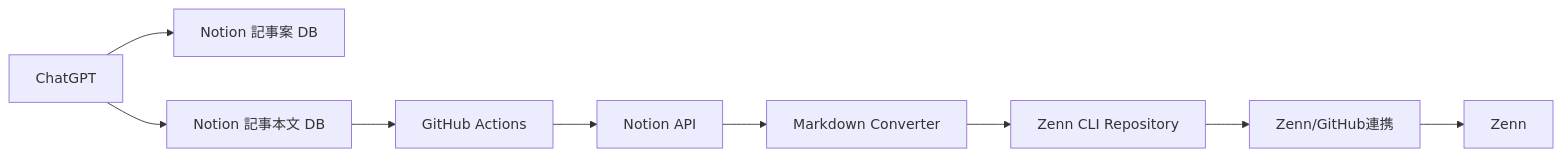
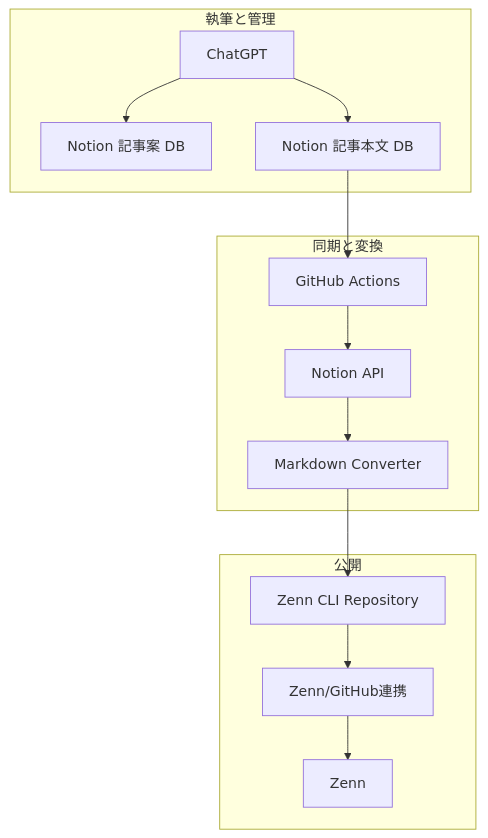
The second of 4 diagrams in articles/392c9702-a775-8101-9cec-d49b4240186e.md (gen740/zenn), drawn with Mermaid before and after one commit. The commit also changed other lines of this file and 1 other file, not shown here.

Commit message:
[Actions] Sync with notion (2026-07-03T21:40:26)

````diff
--- a/articles/392c9702-a775-8101-9cec-d49b4240186e.md
+++ b/articles/392c9702-a775-8101-9cec-d49b4240186e.md
@@ -57,11 +66,19 @@
 ```mermaid
-flowchart LR
-    A[ChatGPT] --> B[Notion 記事案 DB]
-    A --> C[Notion 記事本文 DB]
-    C --> D[GitHub Actions]
-    D --> E[Notion API]
-    E --> F[Markdown Converter]
-    F --> G[Zenn CLI Repository]
-    G --> H[Zenn/GitHub連携]
-    H --> I[Zenn]
+flowchart TB
+    subgraph B1[執筆と管理]
+        A[ChatGPT] --> B[Notion 記事案 DB]
+        A --> C[Notion 記事本文 DB]
+    end
+
+    subgraph B2[同期と変換]
+        C --> D[GitHub Actions]
+        D --> E[Notion API]
+        E --> F[Markdown Converter]
+    end
+
+    subgraph B3[公開]
+        F --> G[Zenn CLI Repository]
+        G --> H[Zenn/GitHub連携]
+        H --> I[Zenn]
+    end
 ```
````
